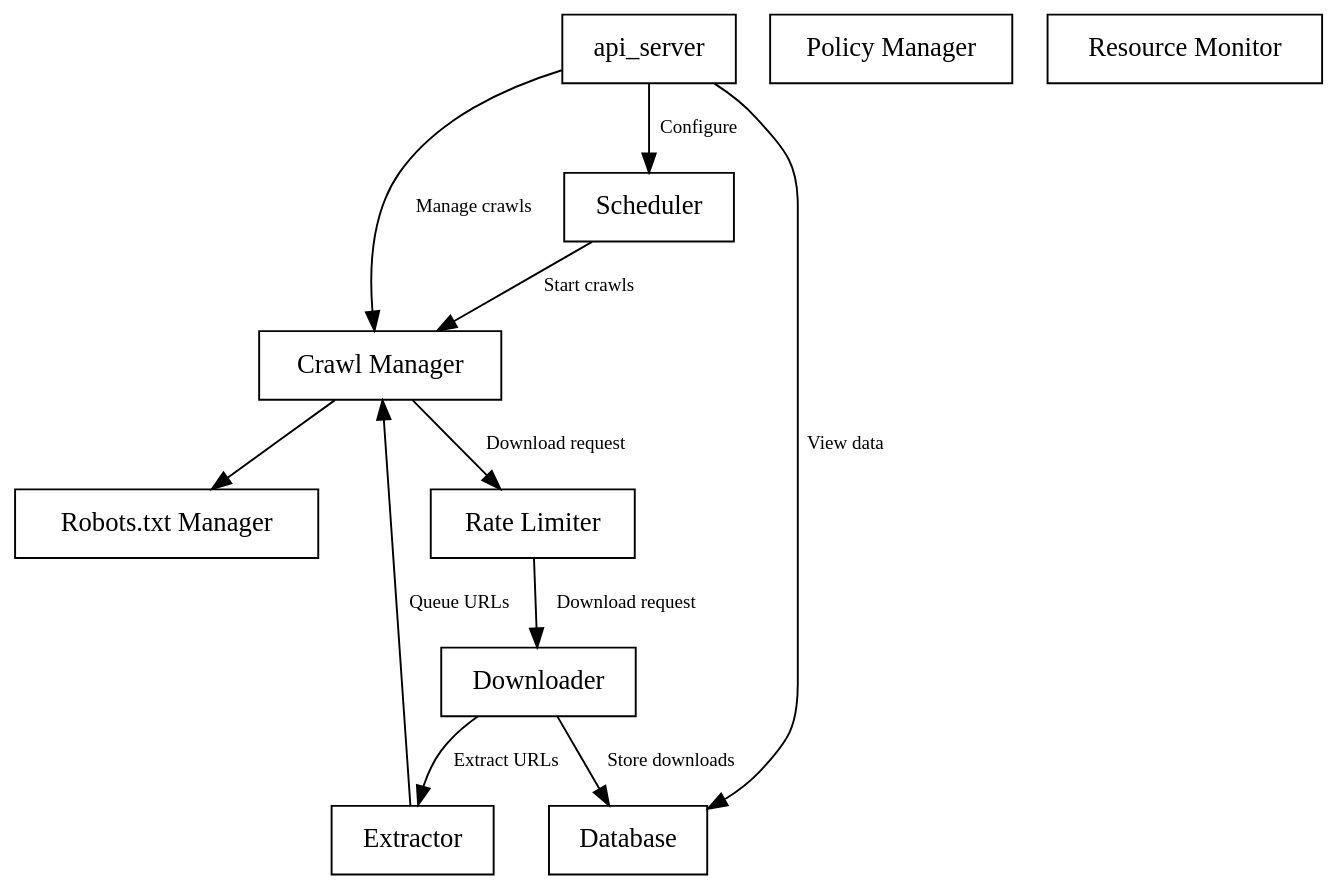
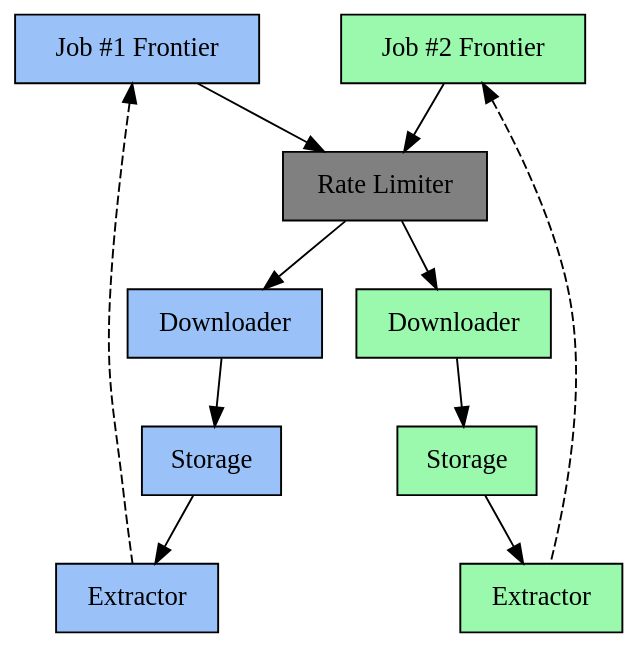
Before and after one commit to HyperionGray/starbelly: the second of 2 diagrams in docs/internals.rst, drawn with Graphviz. The commit also changed other lines of this file and 19 other files, not shown here.

```diff
--- a/docs/internals.rst
+++ b/docs/internals.rst
@@ -73,31 +76,23 @@
 .. graphviz::
 
-    digraph system_diagram {
+    digraph crawl_pipeline {
         graph [bgcolor=transparent];
-        node [shape=box];
-        edge [fontsize=10];
+        node [shape=box, style=filled];
 
-        // Nodes
-        api_server;
-        crawl_manager [label="Crawl Manager"];
-        policy_manager [label="Policy Manager",href="#policy"];
-        rate_limiter [label="Rate Limiter",href="#rate-limiter"];
-        downloader [label="Downloader",href="#downloader"];
-        extractor [label="Extractor",href="#extractor"];
-        resource_monitor [label="Resource Monitor", href="#resource-monitor"];
-        scheduler [label="Scheduler",href="#scheduler"];
-        database [label="Database",href="#database"];
-        robots_txt [label="Robots.txt Manager",href="#robots-txt"];
+        frontier1 [label="Job #1 Frontier", fillcolor="#9ac2f9"]
+        downloader1 [label="Downloader", fillcolor="#9ac2f9"]
+        extractor1 [label="Extractor", fillcolor="#9ac2f9"]
+        storage1 [label="Storage", fillcolor="#9ac2f9"]
 
-        // Edges
-        api_server -> crawl_manager [label="Manage crawls"];
-        api_server -> scheduler [label="Configure"];
-        api_server -> database [label="View data"];
-        scheduler -> crawl_manager [label="Start crawls"];
-        crawl_manager -> rate_limiter [label="Download request"];
-        crawl_manager -> robots_txt;
-        rate_limiter -> downloader [label="Download request"];
-        downloader -> extractor [label="Extract URLs"];
-        downloader -> database [label="Store downloads"];
-        extractor -> crawl_manager [label="Queue URLs"];
+        frontier2 [label="Job #2 Frontier", fillcolor="#9af9ad"];
+        downloader2 [label="Downloader", fillcolor="#9af9ad"];
+        extractor2 [label="Extractor", fillcolor="#9af9ad"];
+        storage2 [label="Storage", fillcolor="#9af9ad"];
+
+        rate_limiter [label="Rate Limiter", fillcolor=grey];
+
+        frontier1 -> rate_limiter -> downloader1 -> storage1 -> extractor1;
+        frontier2 -> rate_limiter -> downloader2 -> storage2 -> extractor2;
+        frontier1 -> extractor1 [dir=back, style=dashed];
+        frontier2 -> extractor2 [dir=back, style=dashed];
     }
```
